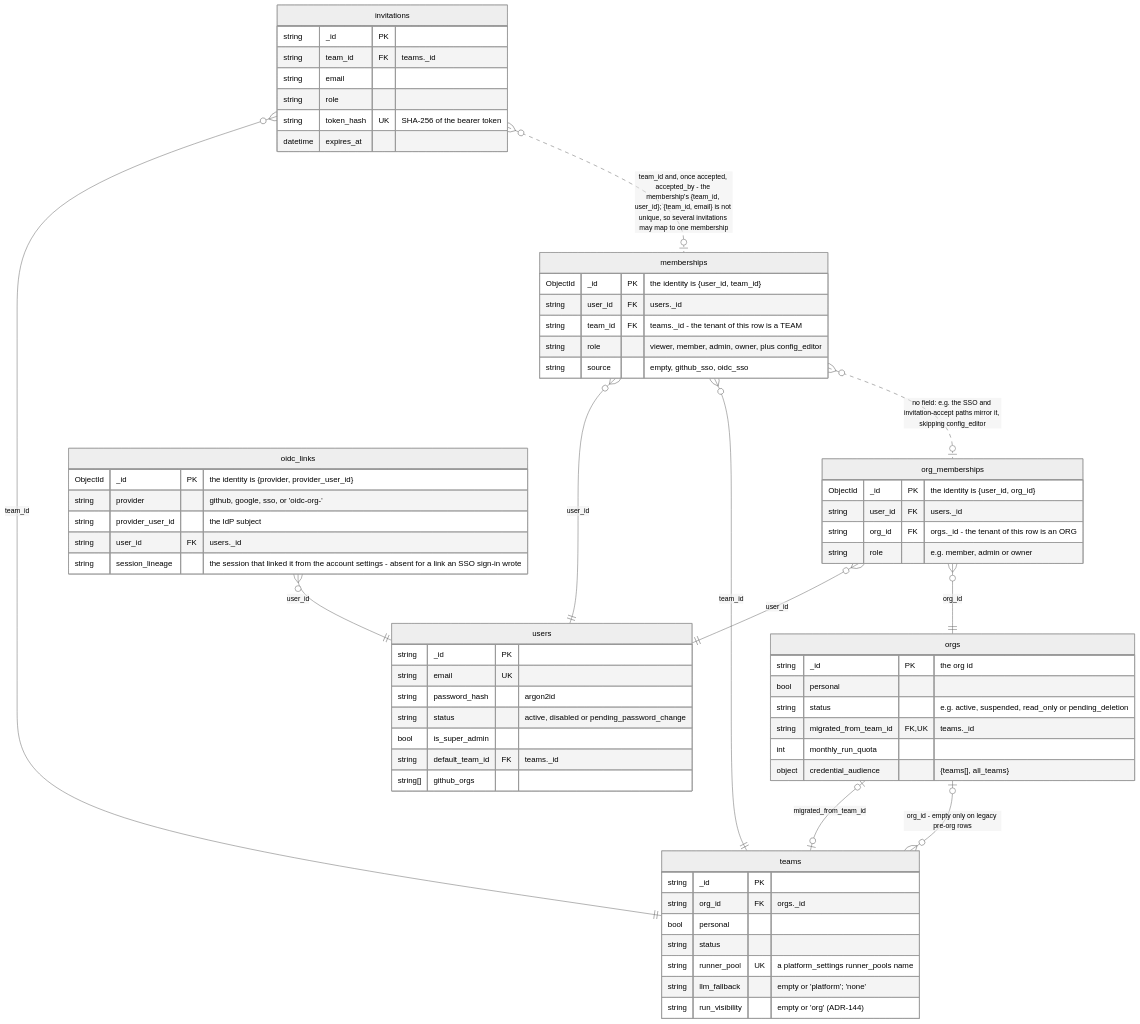
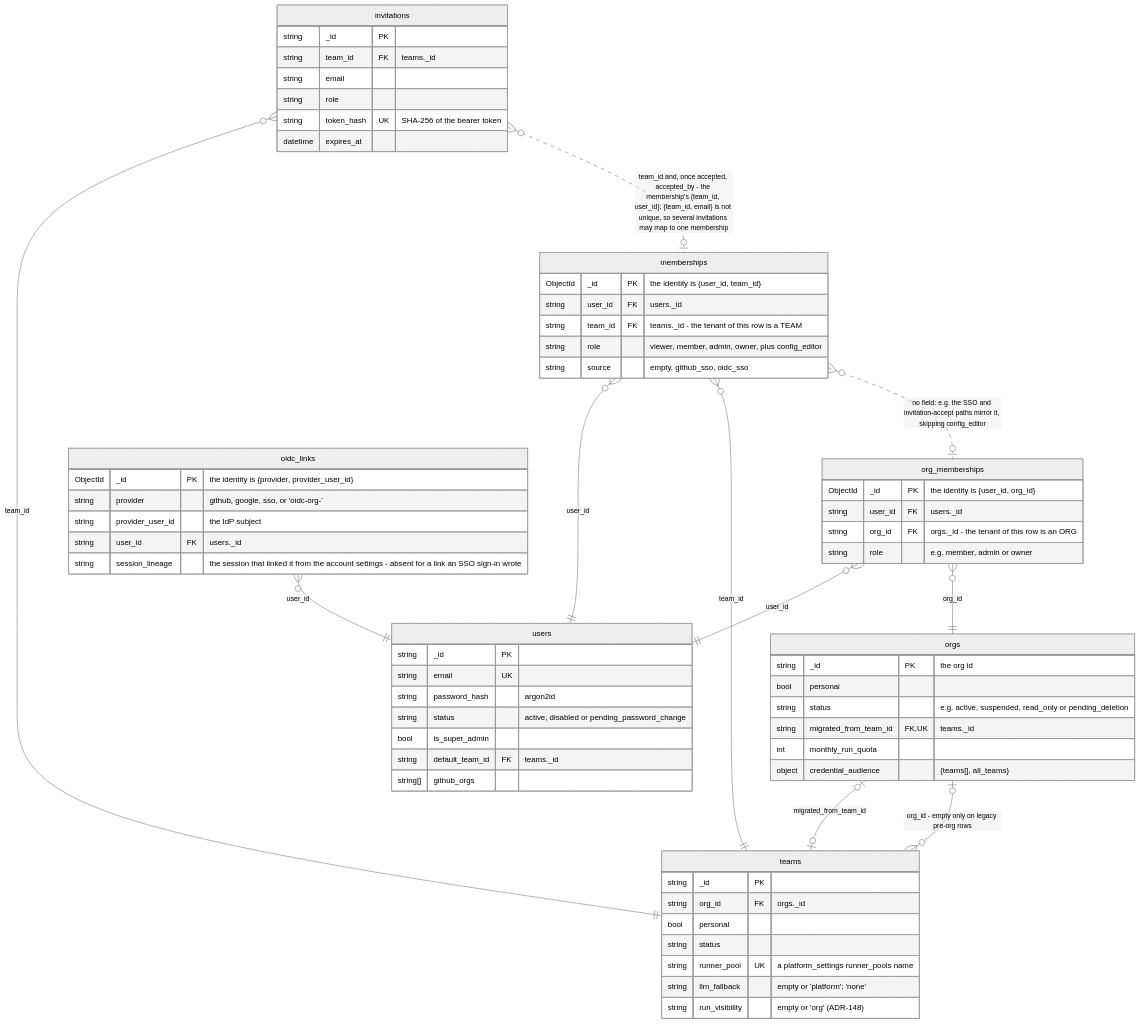
Before and after one commit to SocialGouv/iterion: the first of 3 diagrams in docs/diagrams/data-model-identity.md, drawn with Mermaid (neutral theme). The commit also changed 24 other files, not shown here.

First line of the commit message:
docs(adr): the run-visibility axis takes 145 — 139 through 144 went to main

````diff
--- a/docs/diagrams/data-model-identity.md
+++ b/docs/diagrams/data-model-identity.md
@@ -9,67 +9,67 @@
 ```mermaid
 erDiagram
     orgs {
         string _id PK "the org id"
         bool personal
         string status "e.g. active, suspended, read_only or pending_deletion"
         string migrated_from_team_id FK, UK "teams._id"
         int monthly_run_quota
         object credential_audience "{teams[], all_teams}"
     }
     teams {
         string _id PK
         string org_id FK "orgs._id"
         bool personal
         string status
         string runner_pool UK "a platform_settings runner_pools name"
         string llm_fallback "empty or 'platform'; 'none'"
-        string run_visibility "empty or 'org' (ADR-144)"
+        string run_visibility "empty or 'org' (ADR-148)"
     }
     users {
         string _id PK
         string email UK
         string password_hash "argon2id"
         string status "active, disabled or pending_password_change"
         bool is_super_admin
         string default_team_id FK "teams._id"
         string[] github_orgs
     }
     org_memberships {
         ObjectId _id PK "the identity is {user_id, org_id}"
         string user_id FK "users._id"
         string org_id FK "orgs._id - the tenant of this row is an ORG"
         string role "e.g. member, admin or owner"
     }
     memberships {
         ObjectId _id PK "the identity is {user_id, team_id}"
         string user_id FK "users._id"
         string team_id FK "teams._id - the tenant of this row is a TEAM"
         string role "viewer, member, admin, owner, plus config_editor"
         string source "empty, github_sso, oidc_sso"
     }
     invitations {
         string _id PK
         string team_id FK "teams._id"
         string email
         string role
         string token_hash UK "SHA-256 of the bearer token"
         datetime expires_at
     }
     oidc_links {
         ObjectId _id PK "the identity is {provider, provider_user_id}"
         string provider "github, google, sso, or 'oidc-org-<provider id>'"
         string provider_user_id "the IdP subject"
         string user_id FK "users._id"
         string session_lineage "the session that linked it from the account settings - absent for a link an SSO sign-in wrote"
     }
     teams }o--o| orgs : "org_id - empty only on legacy pre-org rows"
     orgs |o--o| teams : "migrated_from_team_id"
     org_memberships }o--|| users : "user_id"
     org_memberships }o--|| orgs : "org_id"
     memberships }o--|| users : "user_id"
     memberships }o--|| teams : "team_id"
     memberships }o..o| org_memberships : "no field: e.g. the SSO and invitation-accept paths mirror it, skipping config_editor"
     invitations }o--|| teams : "team_id"
     invitations }o..o| memberships : "team_id and, once accepted, accepted_by - the membership's {team_id, user_id}; {team_id, email} is not unique, so several invitations may map to one membership"
     oidc_links }o--|| users : "user_id"
 ```
````
